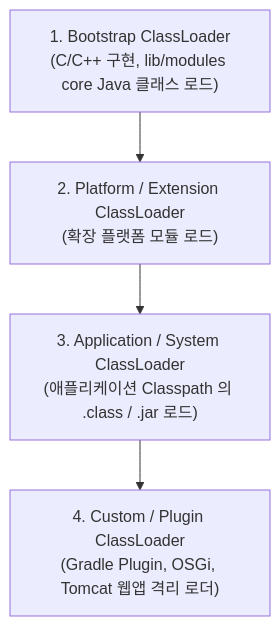
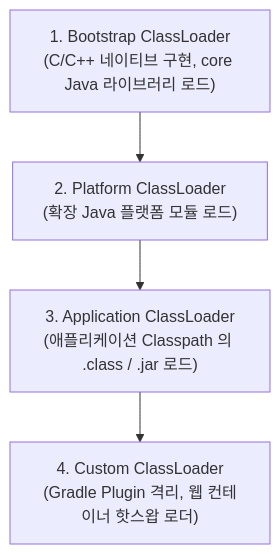
Before and after one commit to youngmin-gwon/what-i-studied: the fourth of 5 diagrams in 01_inbox/computer-science/jvm-classloader.md, drawn with Mermaid. The commit also changed other lines of this file and 1 other file, not shown here.

````diff
--- a/01_inbox/computer-science/jvm-classloader.md
+++ b/01_inbox/computer-science/jvm-classloader.md
@@ -53,6 +143,6 @@
 ```mermaid
 flowchart TD
-    Bootstrap["1. Bootstrap ClassLoader<br/>(C/C++ 구현, lib/modules core Java 클래스 로드)"] --> Platform["2. Platform / Extension ClassLoader<br/>(확장 플랫폼 모듈 로드)"]
-    Platform --> App["3. Application / System ClassLoader<br/>(애플리케이션 Classpath 의 .class / .jar 로드)"]
-    App --> Custom["4. Custom / Plugin ClassLoader<br/>(Gradle Plugin, OSGi, Tomcat 웹앱 격리 로더)"]
+    Bootstrap["1. Bootstrap ClassLoader<br/>(C/C++ 네이티브 구현, core Java 라이브러리 로드)"] --> Platform["2. Platform ClassLoader<br/>(확장 Java 플랫폼 모듈 로드)"]
+    Platform --> App["3. Application ClassLoader<br/>(애플리케이션 Classpath 의 .class / .jar 로드)"]
+    App --> Custom["4. Custom ClassLoader<br/>(Gradle Plugin 격리, 웹 컨테이너 핫스왑 로더)"]
 ```
````
